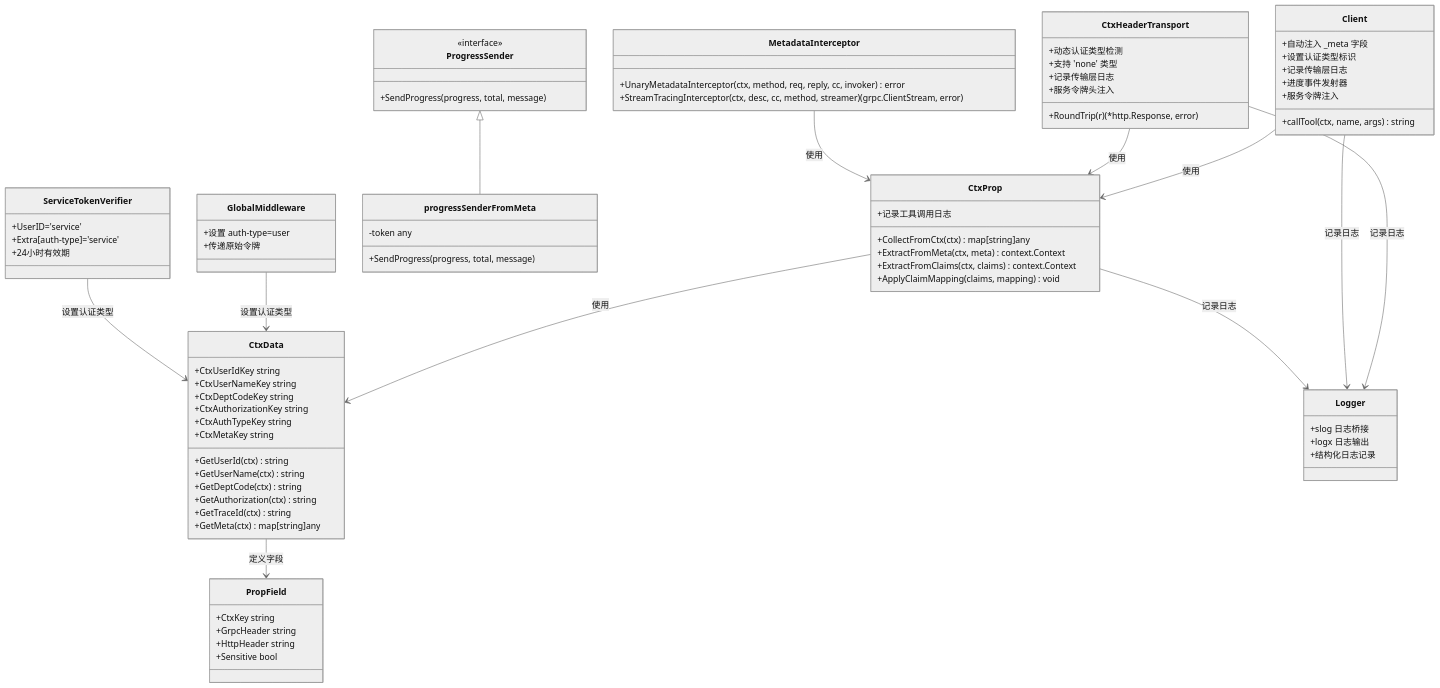
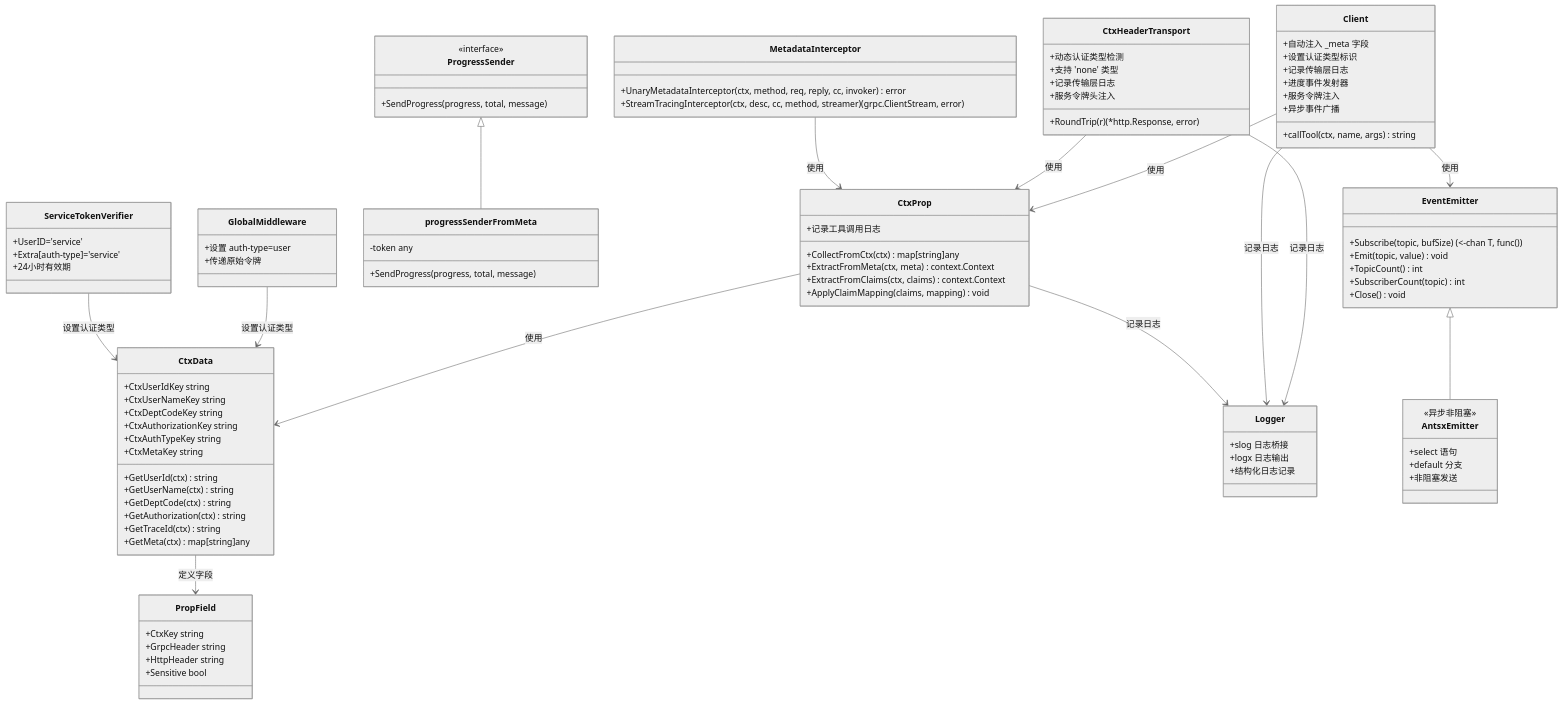
One commit to maomao94/zero-service changed diagram 11 of 14 in .qoder/repowiki/zh/content/Mcpx Authentication System.md. Above: the diagram before and after it, drawn with Mermaid (neutral theme). The commit also changed other lines of this file and 48 other files, not shown here.

````diff
--- a/.qoder/repowiki/zh/content/Mcpx Authentication System.md
+++ b/.qoder/repowiki/zh/content/Mcpx Authentication System.md
@@ -500,6 +570,7 @@
 +记录传输层日志
 +进度事件发射器
 +服务令牌注入
++异步事件广播
 }
 class GlobalMiddleware {
 +设置 auth-type=user
@@ -534,9 +605,23 @@
 +Extra[auth-type]='service'
 +24小时有效期
 }
+class EventEmitter {
++Subscribe(topic, bufSize) (<-chan T, func())
++Emit(topic, value) void
++TopicCount() int
++SubscriberCount(topic) int
++Close() void
+}
+class AntsxEmitter {
+<<异步非阻塞>>
++select 语句
++default 分支
++非阻塞发送
+}
 CtxProp --> CtxData : 使用
 CtxData --> PropField : 定义字段
 Client --> CtxProp : 使用
+Client --> EventEmitter : 使用
 GlobalMiddleware --> CtxData : 设置认证类型
 CtxHeaderTransport --> CtxProp : 使用
 CtxHeaderTransport --> Logger : 记录日志
@@ -545,4 +630,5 @@
 MetadataInterceptor --> CtxProp : 使用
 ProgressSender <|-- progressSenderFromMeta
 ServiceTokenVerifier --> CtxData : 设置认证类型
+EventEmitter <|-- AntsxEmitter
 ```
````
